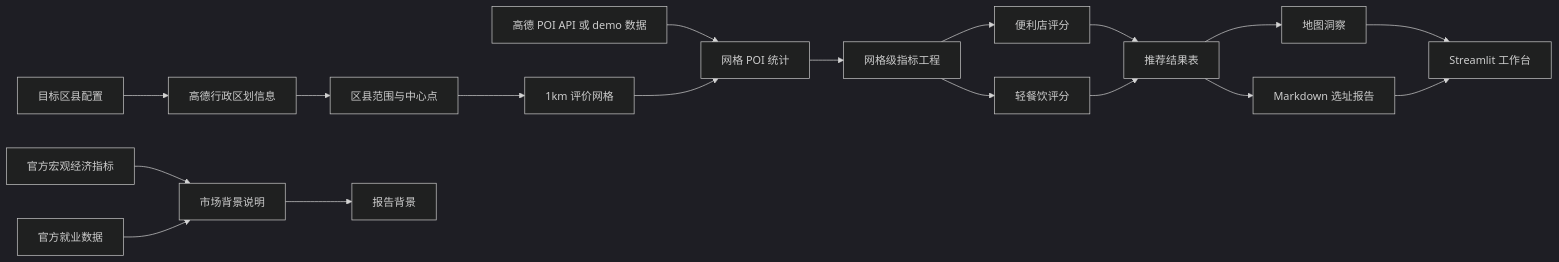
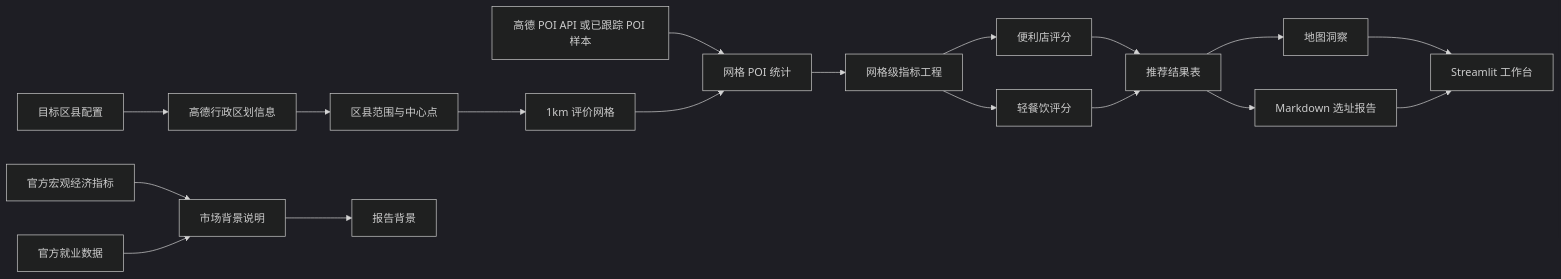
Before and after one commit to Brolem/qianzhi_selection: the first of 2 diagrams in docs/技术路线草图.md, drawn with Mermaid (dark theme). The commit also changed other lines of this file and 22 other files, not shown here.

````diff
--- a/docs/技术路线草图.md
+++ b/docs/技术路线草图.md
@@ -5,20 +5,20 @@
 ```mermaid
 flowchart LR
     A["官方宏观经济指标"] --> B["市场背景说明"]
     C["官方就业数据"] --> B
     D["目标区县配置"] --> E["高德行政区划信息"]
     E --> F["区县范围与中心点"]
     F --> G["1km 评价网格"]
-    H["高德 POI API 或 demo 数据"] --> I["网格 POI 统计"]
+    H["高德 POI API 或已跟踪 POI 样本"] --> I["网格 POI 统计"]
     G --> I
     I --> J["网格级指标工程"]
     B --> K["报告背景"]
     J --> L["便利店评分"]
     J --> M["轻餐饮评分"]
     L --> N["推荐结果表"]
     M --> N
     N --> O["地图洞察"]
     N --> P["Markdown 选址报告"]
     O --> Q["Streamlit 工作台"]
     P --> Q
 ```
````
